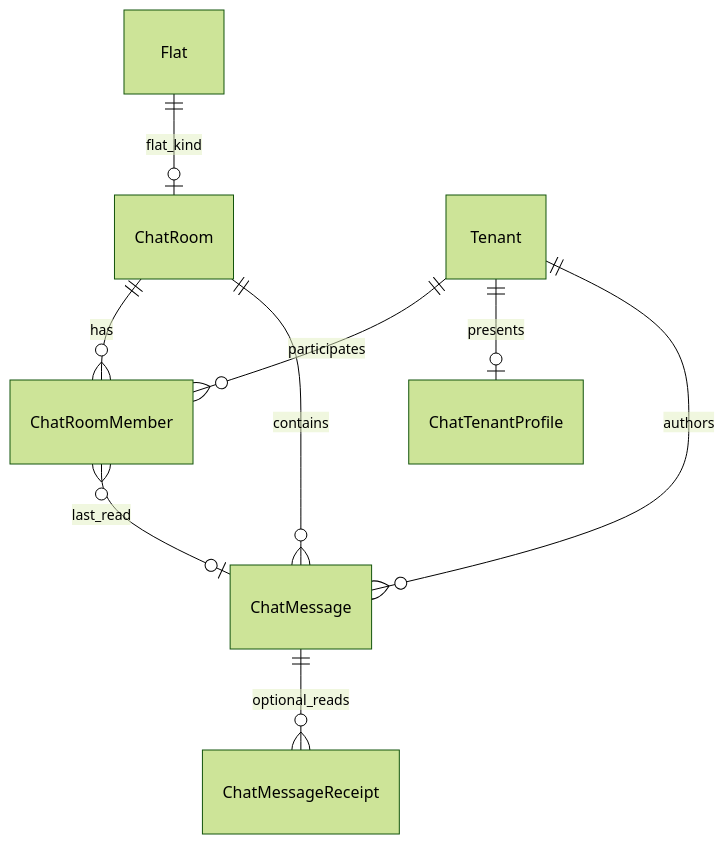
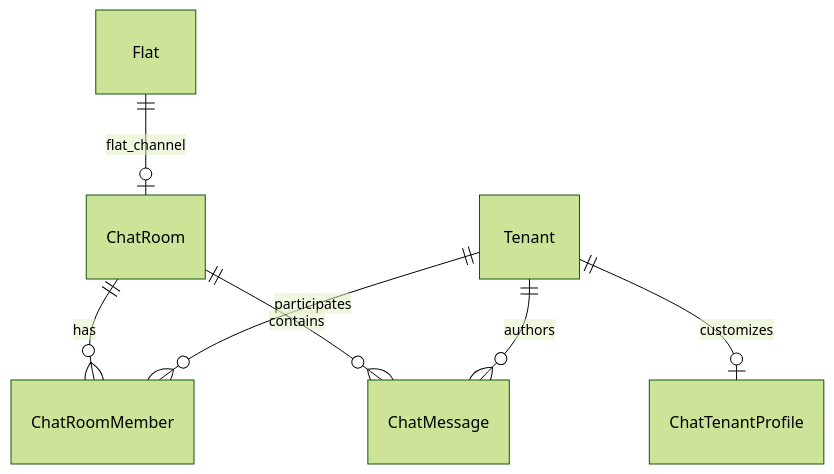
One commit to Szakolcs/dorman changed the diagram in docs/database/chat.md. Above: the diagram before and after it, drawn with Mermaid (forest theme). The commit also changed other lines of this file and 19 other files, not shown here.

````diff
--- a/docs/database/chat.md
+++ b/docs/database/chat.md
@@ -177,11 +126,9 @@
 ```mermaid
 erDiagram
+    Flat ||--o| ChatRoom : flat_channel
     ChatRoom ||--o{ ChatRoomMember : has
+    Tenant ||--o{ ChatRoomMember : participates
     ChatRoom ||--o{ ChatMessage : contains
-    Tenant ||--o{ ChatRoomMember : participates
-    Tenant ||--o| ChatTenantProfile : presents
+    Tenant ||--o| ChatTenantProfile : customizes
     Tenant ||--o{ ChatMessage : authors
-    Flat ||--o| ChatRoom : flat_kind
-    ChatMessage ||--o{ ChatMessageReceipt : optional_reads
-    ChatRoomMember }o--o| ChatMessage : last_read
 ```
````
